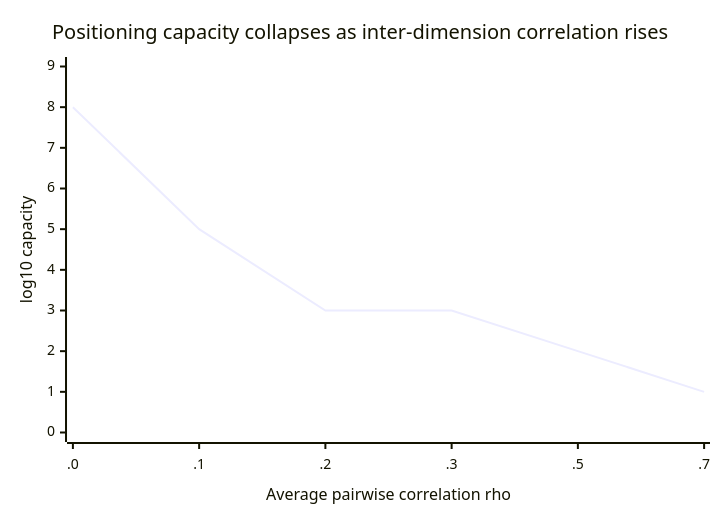
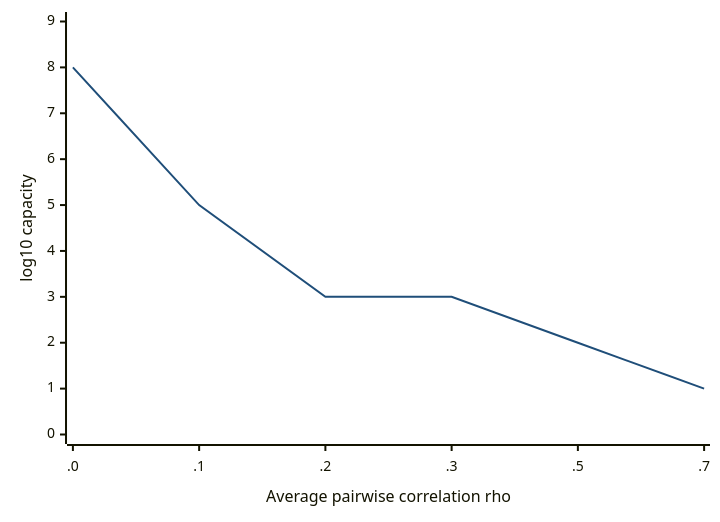
Before and after one commit to spectralbranding/sbt-papers: the second of 2 diagrams in r4-sphere-packing/paper.md, drawn with Mermaid. The commit also changed other lines of this file and 20 other files, not shown here.

````diff
--- a/r4-sphere-packing/paper.md
+++ b/r4-sphere-packing/paper.md
@@ -391,7 +391,7 @@
 ```mermaid
+%%{init: {"themeVariables": {"xyChart": {"plotColorPalette": "#1f4e79"}}}}%%
 xychart-beta
-    title "Positioning capacity collapses as inter-dimension correlation rises"
     x-axis "Average pairwise correlation rho" [".0", ".1", ".2", ".3", ".5", ".7"]
     y-axis "log10 capacity" 0 --> 9
     line [8, 5, 3, 3, 2, 1]
 ```
````
